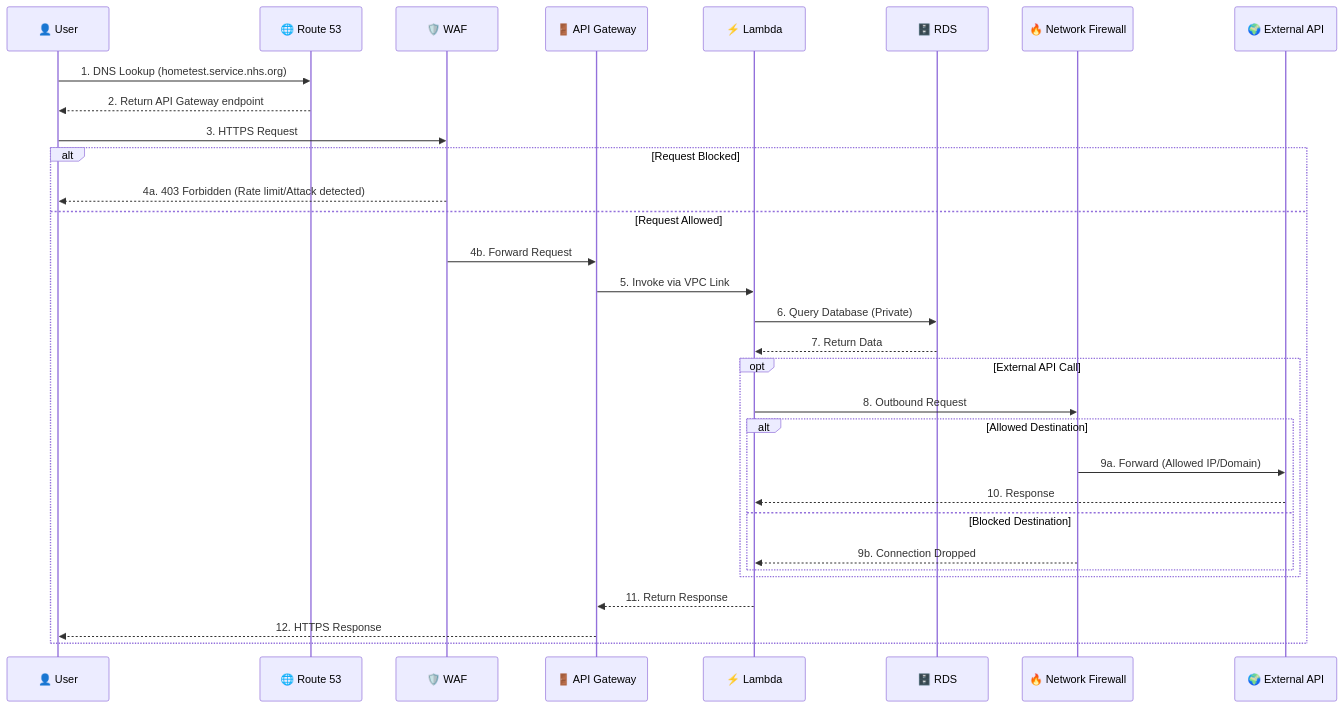
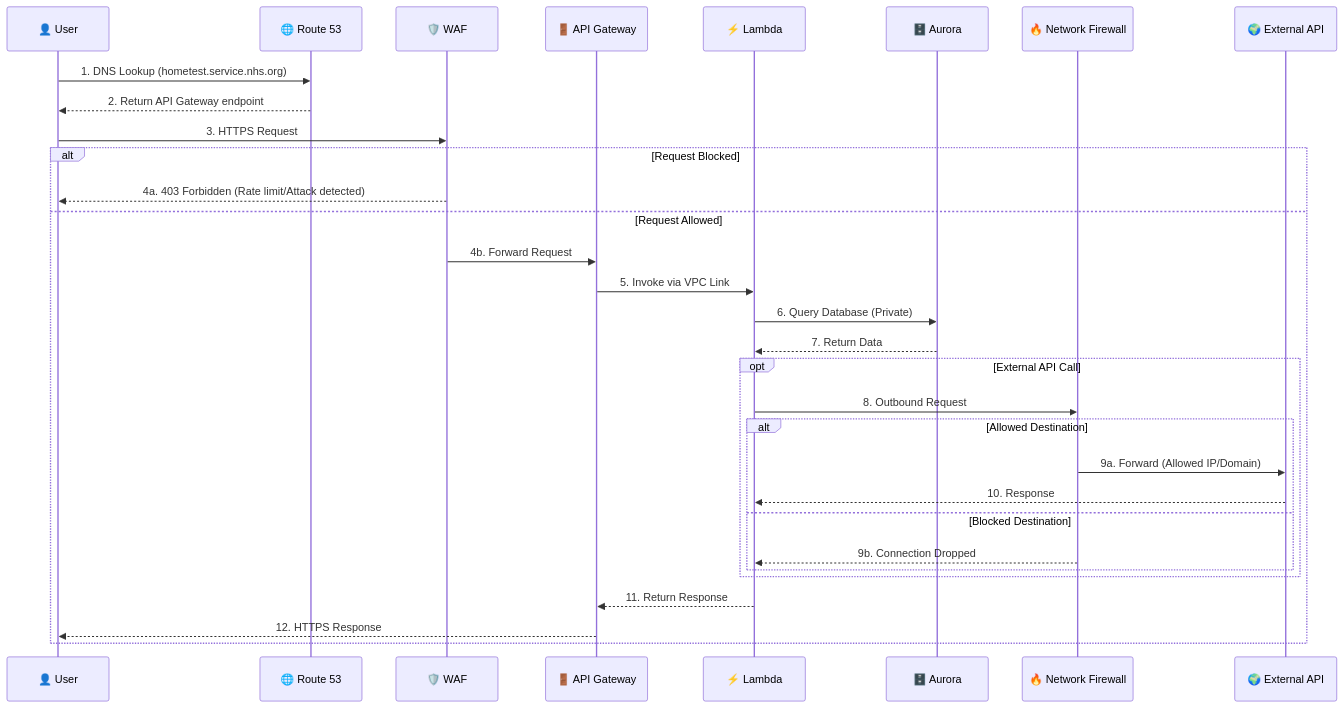
One commit to NHSDigital/hometest-mgmt-terraform changed the fifth of 5 diagrams in infrastructure/src/network/README.md. Above: the diagram before and after it, drawn with Mermaid. The commit also changed other lines of this file and 13 other files, not shown here.

Commit message:
fix(aurora): Fix references to rds (#28)

````diff
--- a/infrastructure/src/network/README.md
+++ b/infrastructure/src/network/README.md
@@ -183,37 +183,37 @@
 ```mermaid
 sequenceDiagram
     participant User as 👤 User
     participant R53 as 🌐 Route 53
     participant WAF as 🛡️ WAF
     participant APIGW as 🚪 API Gateway
     participant Lambda as ⚡ Lambda
-    participant RDS as 🗄️ RDS
+    participant Aurora as 🗄️ Aurora
     participant NFW as 🔥 Network Firewall
     participant External as 🌍 External API
 
     User->>R53: 1. DNS Lookup (hometest.service.nhs.org)
     R53-->>User: 2. Return API Gateway endpoint
     User->>WAF: 3. HTTPS Request
 
     alt Request Blocked
         WAF-->>User: 4a. 403 Forbidden (Rate limit/Attack detected)
     else Request Allowed
         WAF->>APIGW: 4b. Forward Request
         APIGW->>Lambda: 5. Invoke via VPC Link
-        Lambda->>RDS: 6. Query Database (Private)
-        RDS-->>Lambda: 7. Return Data
+        Lambda->>Aurora: 6. Query Database (Private)
+        Aurora-->>Lambda: 7. Return Data
 
         opt External API Call
             Lambda->>NFW: 8. Outbound Request
             alt Allowed Destination
                 NFW->>External: 9a. Forward (Allowed IP/Domain)
                 External-->>Lambda: 10. Response
             else Blocked Destination
                 NFW-->>Lambda: 9b. Connection Dropped
             end
         end
 
         Lambda-->>APIGW: 11. Return Response
         APIGW-->>User: 12. HTTPS Response
     end
 ```
````
